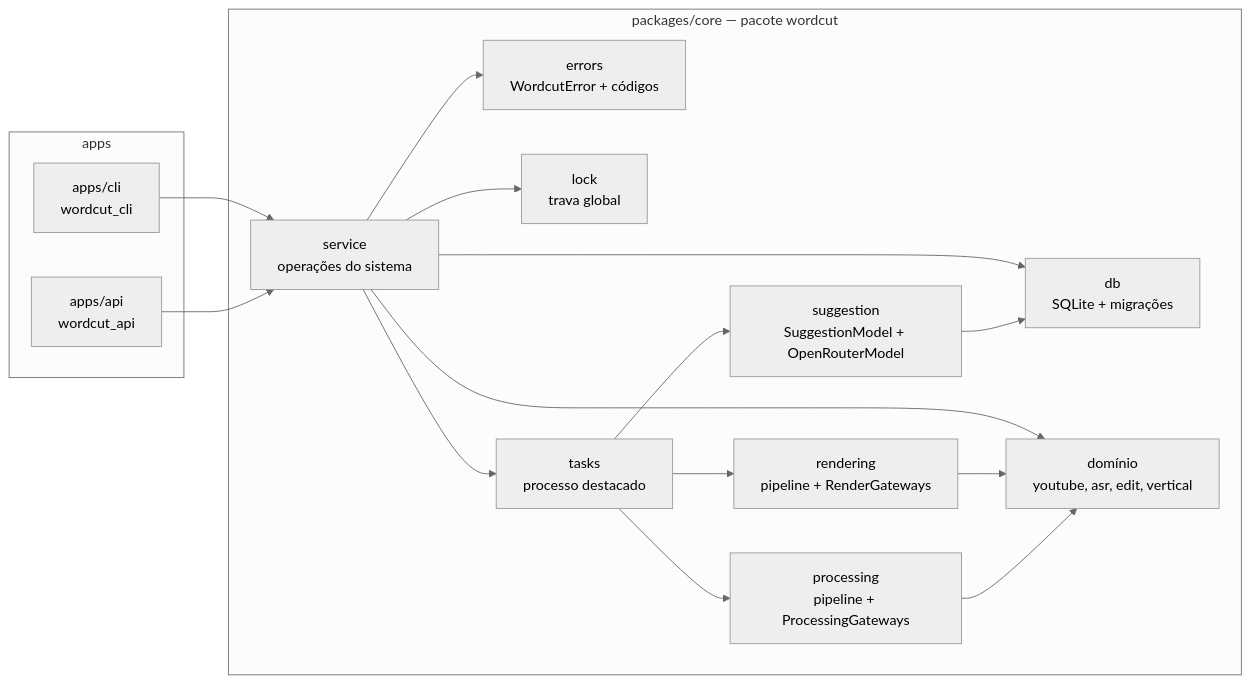
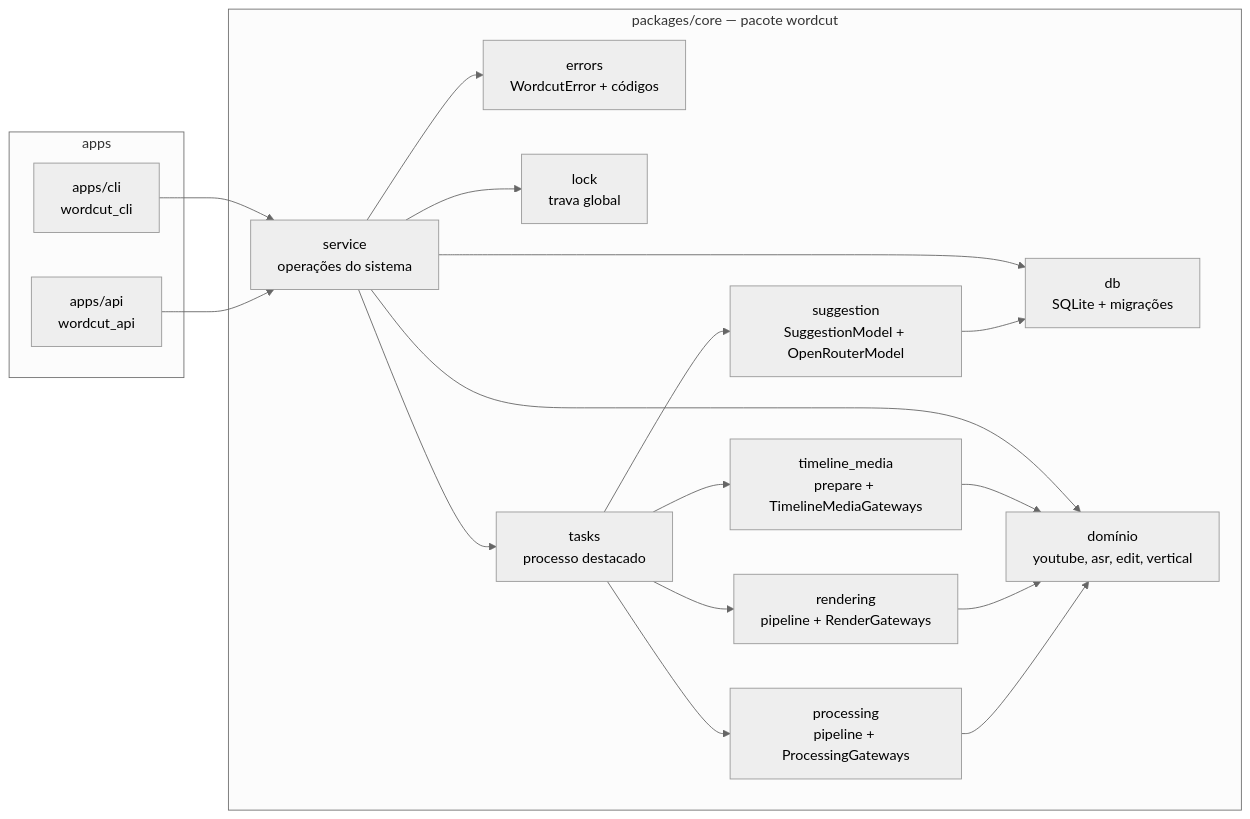
Before and after one commit to leandrokanis/wordcut: the third of 9 diagrams in docs/architecture/README.md, drawn with Mermaid (neutral theme). The commit also changed other lines of this file and 54 other files, not shown here.

First line of the commit message:
feat: show live thumbnails and a waveform on the sermon timeline

````diff
--- a/docs/architecture/README.md
+++ b/docs/architecture/README.md
@@ -64,31 +64,34 @@
 ```mermaid
 flowchart LR
   subgraph apps
     CLI["apps/cli<br/>wordcut_cli"]
     API["apps/api<br/>wordcut_api"]
   end
   subgraph core["packages/core — pacote wordcut"]
     SVC["service<br/>operações do sistema"]
     ERR["errors<br/>WordcutError + códigos"]
     DB["db<br/>SQLite + migrações"]
     LOCK["lock<br/>trava global"]
     TASK["tasks<br/>processo destacado"]
     PROC["processing<br/>pipeline + ProcessingGateways"]
     SUG["suggestion<br/>SuggestionModel + OpenRouterModel"]
     REND["rendering<br/>pipeline + RenderGateways"]
+    TLM["timeline_media<br/>prepare + TimelineMediaGateways"]
     DOM["domínio<br/>youtube, asr, edit, vertical"]
   end
   CLI --> SVC
   API --> SVC
   SVC --> DB
   SVC --> LOCK
   SVC --> TASK
   SVC --> DOM
   SVC --> ERR
   TASK --> PROC
   TASK --> SUG
   TASK --> REND
+  TASK --> TLM
+  TLM --> DOM
   REND --> DOM
   SUG --> DB
   PROC --> DOM
 ```
````
